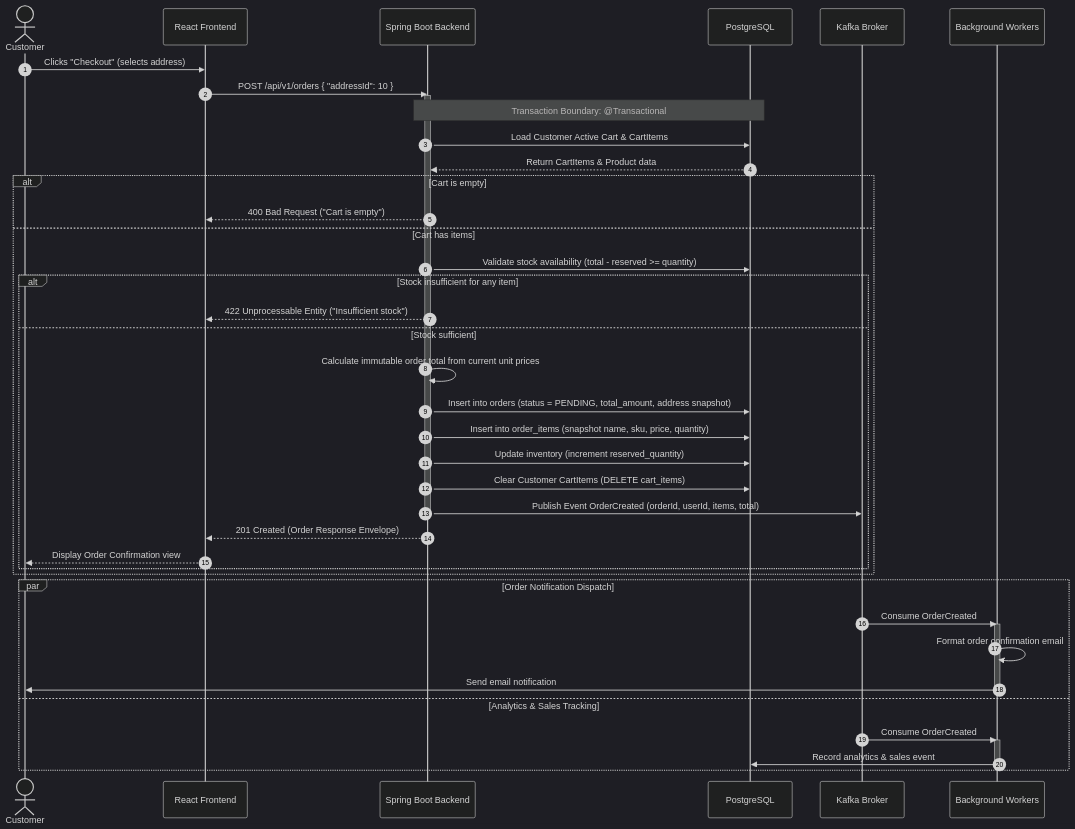
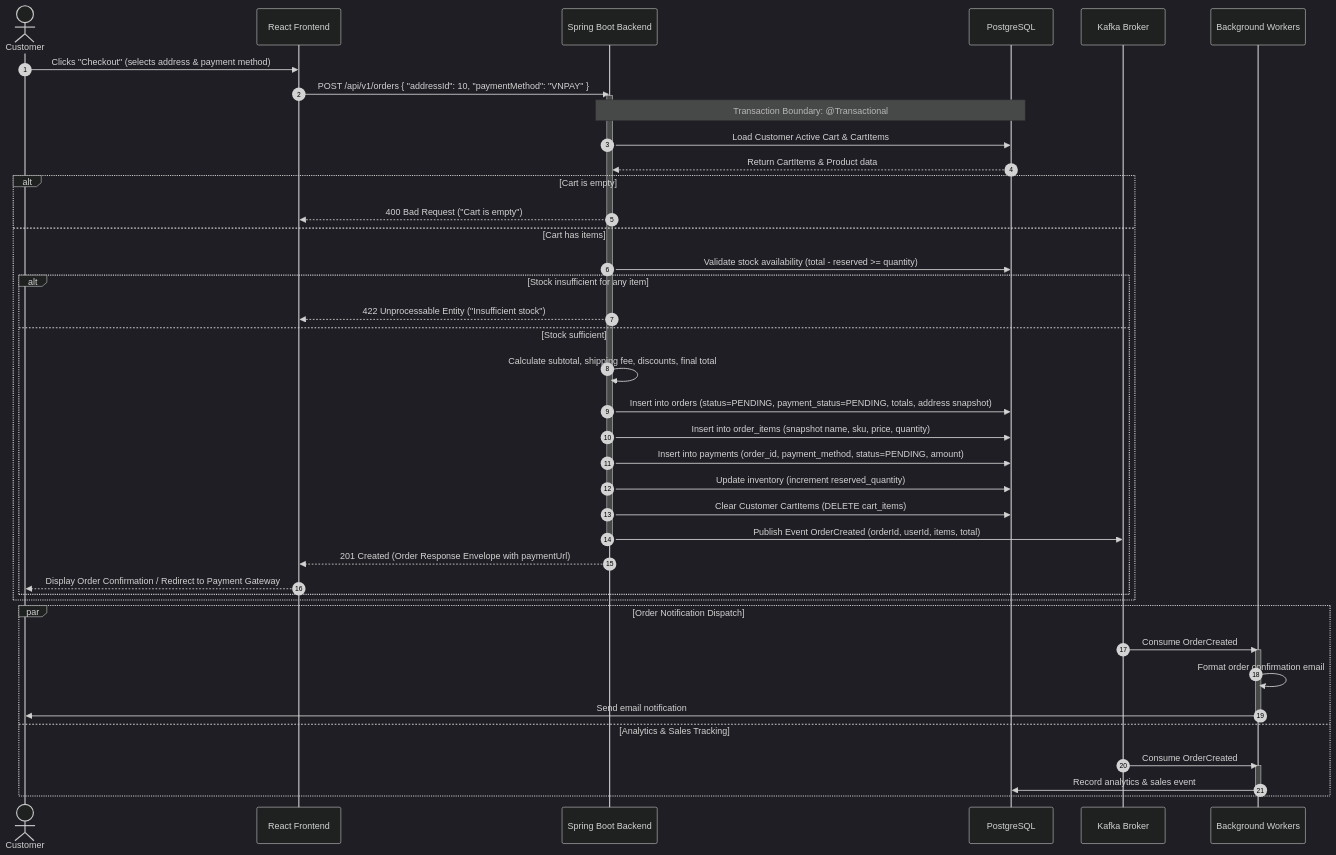
Before and after one commit to ai-tech-marketplace/ai-tech-marketplace-docs: the second of 3 diagrams in diagrams/sequence-diagrams.md, drawn with Mermaid (dark theme). The commit also changed other lines of this file and 10 other files, not shown here.

Commit message:
docs: enrich business rules, payments, addresses, reviews, and schema alignment

````diff
--- a/diagrams/sequence-diagrams.md
+++ b/diagrams/sequence-diagrams.md
@@ -52,53 +52,54 @@
 ```mermaid
 sequenceDiagram
     autonumber
     actor Customer as Customer
     participant Frontend as React Frontend
     participant Backend as Spring Boot Backend
     participant DB as PostgreSQL
     participant Kafka as Kafka Broker
     participant Worker as Background Workers
 
-    Customer->>Frontend: Clicks "Checkout" (selects address)
-    Frontend->>Backend: POST /api/v1/orders { "addressId": 10 }
+    Customer->>Frontend: Clicks "Checkout" (selects address & payment method)
+    Frontend->>Backend: POST /api/v1/orders { "addressId": 10, "paymentMethod": "VNPAY" }
     activate Backend
 
     Note over Backend,DB: Transaction Boundary: @Transactional
     Backend->>DB: Load Customer Active Cart & CartItems
     DB-->>Backend: Return CartItems & Product data
 
     alt Cart is empty
         Backend-->>Frontend: 400 Bad Request ("Cart is empty")
     else Cart has items
         Backend->>DB: Validate stock availability (total - reserved >= quantity)
         
         alt Stock insufficient for any item
             Backend-->>Frontend: 422 Unprocessable Entity ("Insufficient stock")
         else Stock sufficient
-            Backend->>Backend: Calculate immutable order total from current unit prices
-            Backend->>DB: Insert into orders (status = PENDING, total_amount, address snapshot)
+            Backend->>Backend: Calculate subtotal, shipping fee, discounts, final total
+            Backend->>DB: Insert into orders (status=PENDING, payment_status=PENDING, totals, address snapshot)
             Backend->>DB: Insert into order_items (snapshot name, sku, price, quantity)
+            Backend->>DB: Insert into payments (order_id, payment_method, status=PENDING, amount)
             Backend->>DB: Update inventory (increment reserved_quantity)
             Backend->>DB: Clear Customer CartItems (DELETE cart_items)
             
             Backend->>Kafka: Publish Event OrderCreated (orderId, userId, items, total)
             deactivate Backend
             
-            Backend-->>Frontend: 201 Created (Order Response Envelope)
-            Frontend-->>Customer: Display Order Confirmation view
+            Backend-->>Frontend: 201 Created (Order Response Envelope with paymentUrl)
+            Frontend-->>Customer: Display Order Confirmation / Redirect to Payment Gateway
         end
     end
 
     par Order Notification Dispatch
         Kafka->>Worker: Consume OrderCreated
         activate Worker
         Worker->>Worker: Format order confirmation email
         Worker->>Customer: Send email notification
         deactivate Worker
     and Analytics & Sales Tracking
         Kafka->>Worker: Consume OrderCreated
         activate Worker
         Worker->>DB: Record analytics & sales event
         deactivate Worker
     end
 ```
````
